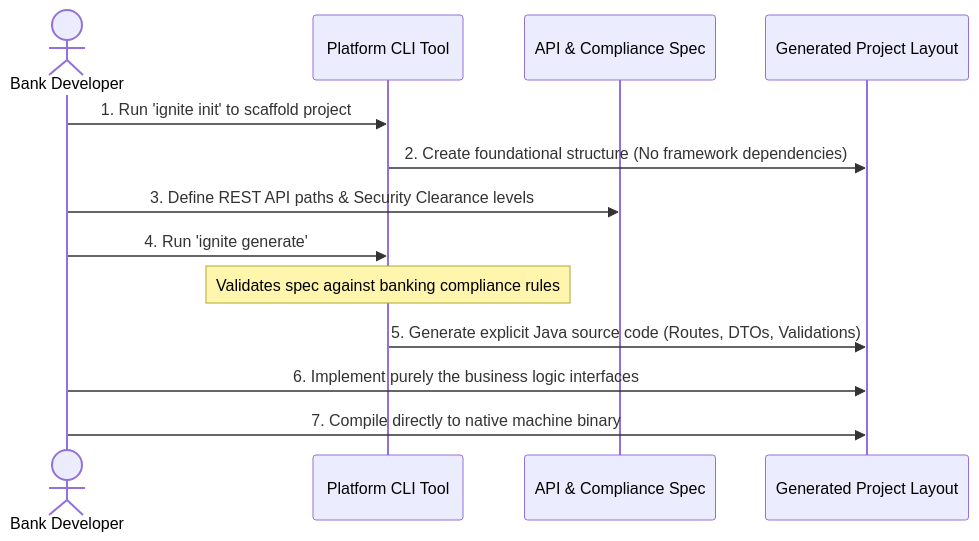
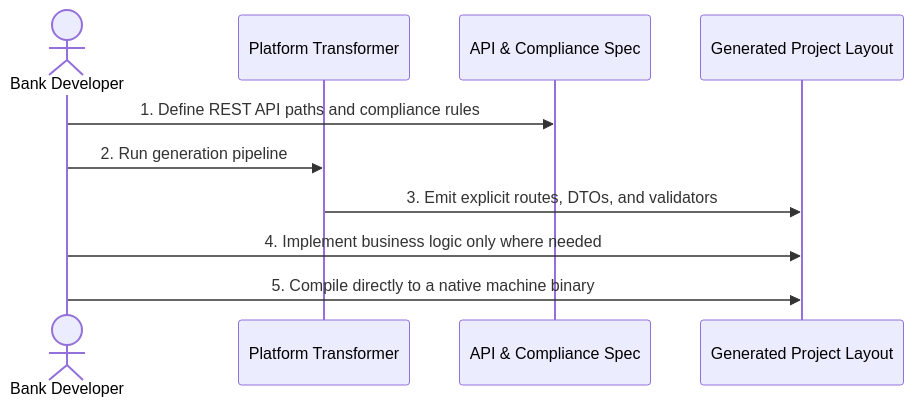
Before and after one commit to msk131/IgniteBoot: the second of 2 diagrams in docs/overview.md, drawn with Mermaid. The commit also changed other lines of this file and 3 other files, not shown here.

````diff
--- a/docs/overview.md
+++ b/docs/overview.md
@@ -22,16 +25,13 @@
 ```mermaid
 sequenceDiagram
 	actor Dev as Bank Developer
-	participant CLI as Platform CLI Tool
+	participant Transformer as Platform Transformer
 	participant Spec as API & Compliance Spec
 	participant App as Generated Project Layout
 
-	Dev->>CLI: 1. Run 'ignite init' to scaffold project
-	CLI->>App: 2. Create foundational structure (No framework dependencies)
-	Dev->>Spec: 3. Define REST API paths & Security Clearance levels
-	Dev->>CLI: 4. Run 'ignite generate'
-	Note over CLI: Validates spec against banking compliance rules
-	CLI->>App: 5. Generate explicit Java source code (Routes, DTOs, Validations)
-	Dev->>App: 6. Implement purely the business logic interfaces
-	Dev->>App: 7. Compile directly to native machine binary
+	Dev->>Spec: 1. Define REST API paths and compliance rules
+	Dev->>Transformer: 2. Run generation pipeline
+	Transformer->>App: 3. Emit explicit routes, DTOs, and validators
+	Dev->>App: 4. Implement business logic only where needed
+	Dev->>App: 5. Compile directly to a native machine binary
 ```
````
